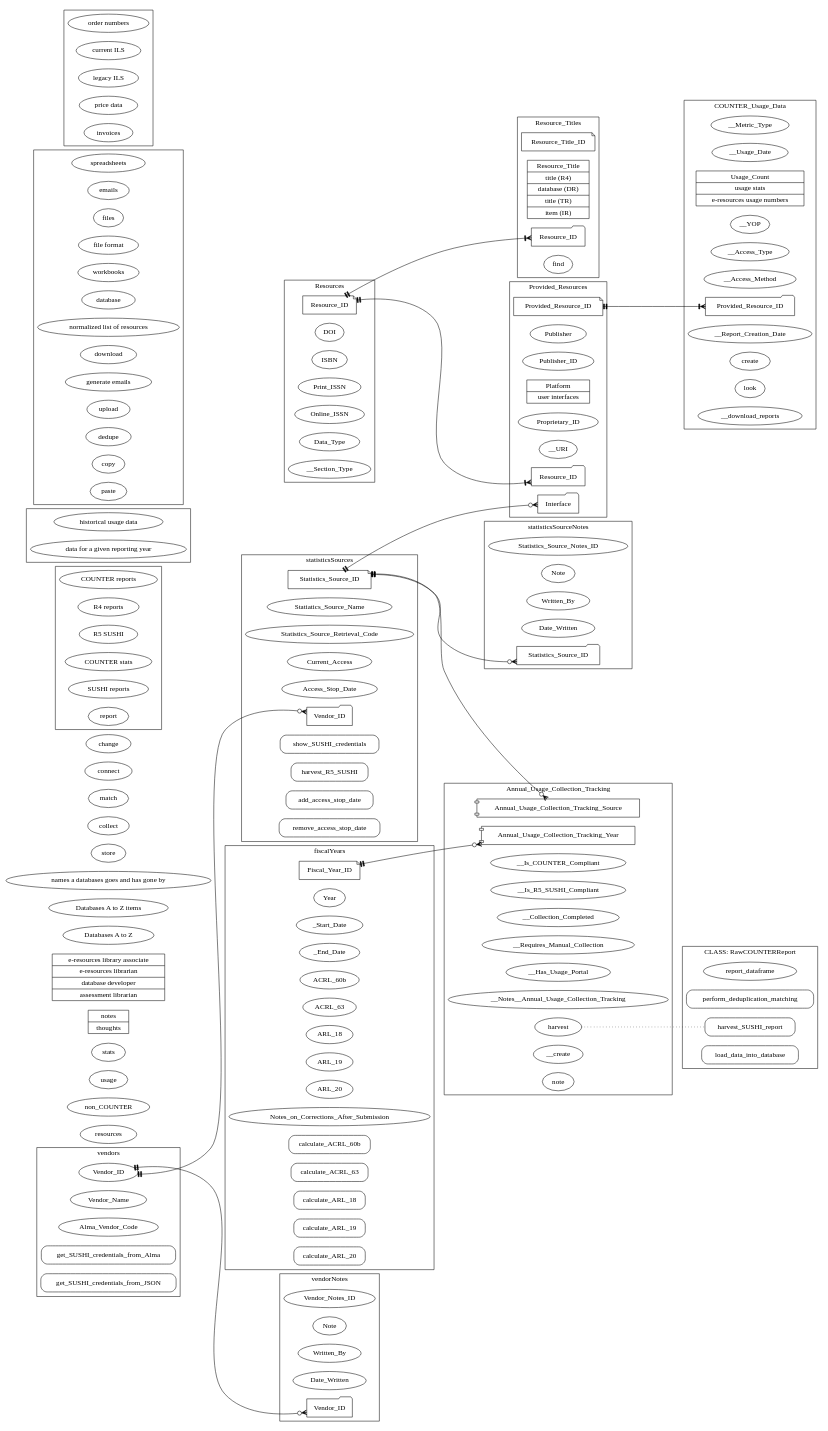
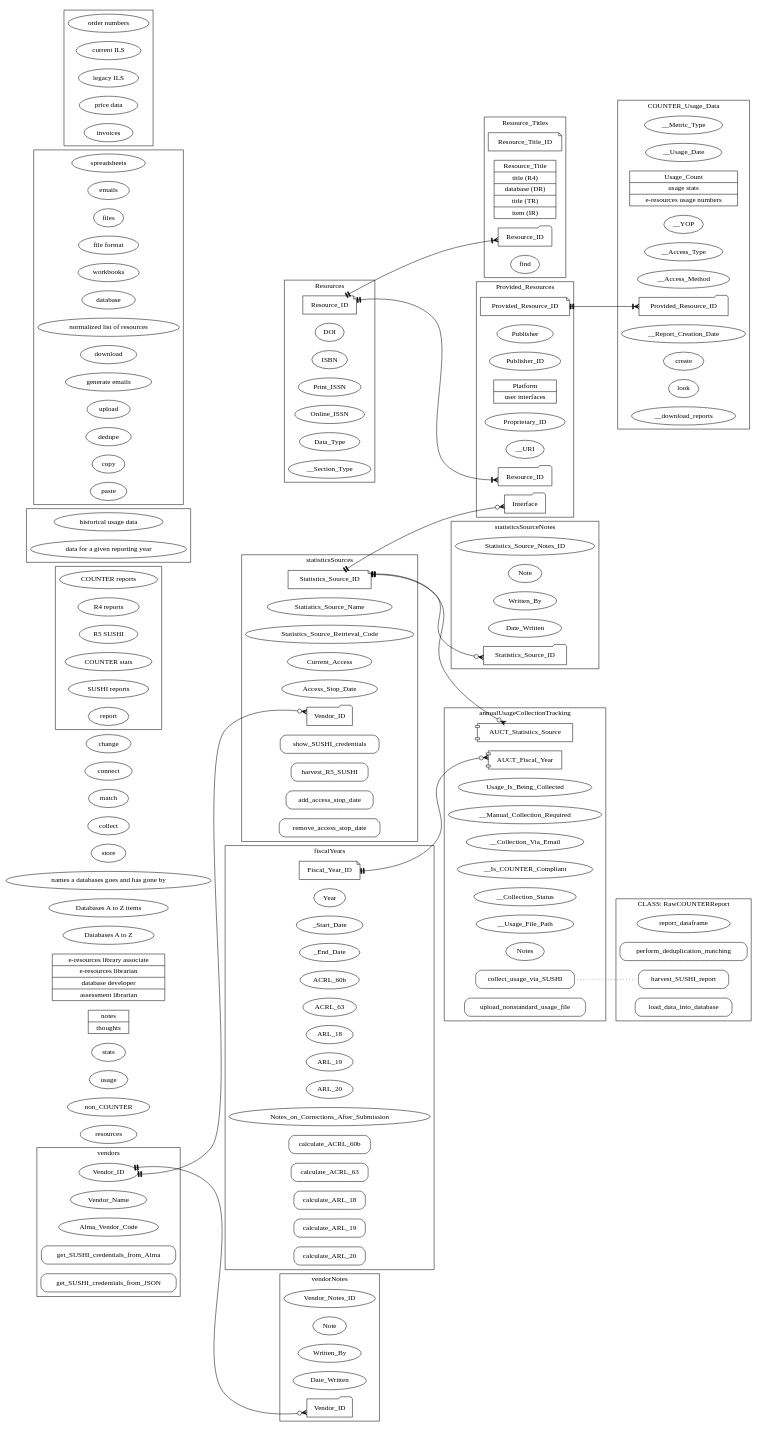
Before and after one commit to ereiskind/nolcat: the diagram in docs/source/erd_and_class_diagram.dot, drawn with Graphviz. The commit also changed 1 other file, not shown here.

Commit message:
Create relation annualUsageCollectionTracking

```diff
--- a/docs/source/erd_and_class_diagram.dot
+++ b/docs/source/erd_and_class_diagram.dot
@@ -120,23 +120,23 @@
     }
 
 
-    subgraph cluster_Annual_Usage_Collection_Tracking {
-        label="Annual_Usage_Collection_Tracking"
+    subgraph cluster_annualUsageCollectionTracking {
+        label="annualUsageCollectionTracking"
 
         // Attributes
-        Annual_Usage_Collection_Tracking_Year [shape="component"]
-        Annual_Usage_Collection_Tracking_Source [shape="component"]
-        __Is_COUNTER_Compliant // Because this can change from year to year
-        __Is_R5_SUSHI_Compliant // Because this can change from year to year
-        __Collection_Completed // Not a Boolean--need an "in process" option
-        __Requires_Manual_Collection
-        __Has_Usage_Portal
-        __Notes__Annual_Usage_Collection_Tracking
+        AUCT_Fiscal_Year [shape="component"]
+        AUCT_Statistics_Source [shape="component"]
+        Usage_Is_Being_Collected
+        __Manual_Collection_Required
+        __Collection_Via_Email
+        __Is_COUNTER_Compliant
+        __Collection_Status
+        __Usage_File_Path
+        Notes
 
         // Methods
-        harvest
-        __create // Meaning create all the records for tracking the collection of a particular FY's usage after the FY finishes
-        note // In user stories as "add notes" and "record"
+        collect_usage_via_SUSHI [shape="Mrecord"]
+        upload_nonstandard_usage_file [shape="Mrecord"]
     }
 
 
@@ -253,15 +253,15 @@
         arrowtail="teetee"
     ]
     
-    Statistics_Source_ID -> Annual_Usage_Collection_Tracking_Source [
+    Statistics_Source_ID -> AUCT_Statistics_Source [
         dir="both"
         arrowhead="crowodot" // Since sources don't need to be connected to a collection year, they can be added as they arise, rather than needing to wait for the first round of collections in which they'll be included
         arrowtail="teetee"
     ]
     
-    Fiscal_Year_ID -> Annual_Usage_Collection_Tracking_Year [
+    Fiscal_Year_ID -> AUCT_Fiscal_Year [
         dir="both"
-        arrowhead="crowodot" // This allows for the possibility that a FY instance cna be created before the collection tracking records that connect to it will; whether or not this will be necessary remains to be seen
+        arrowhead="crowodot"
         arrowtail="teetee"
     ]
 
@@ -297,7 +297,7 @@
 
     // The relationships below connect potential methods in ERD relations methods in existing classes; they are connected by a dotted line with no arrow
 
-    harvest -> harvest_SUSHI_report [
+    collect_usage_via_SUSHI -> harvest_SUSHI_report [
         dir="none"
         style="dotted"
     ]
```
